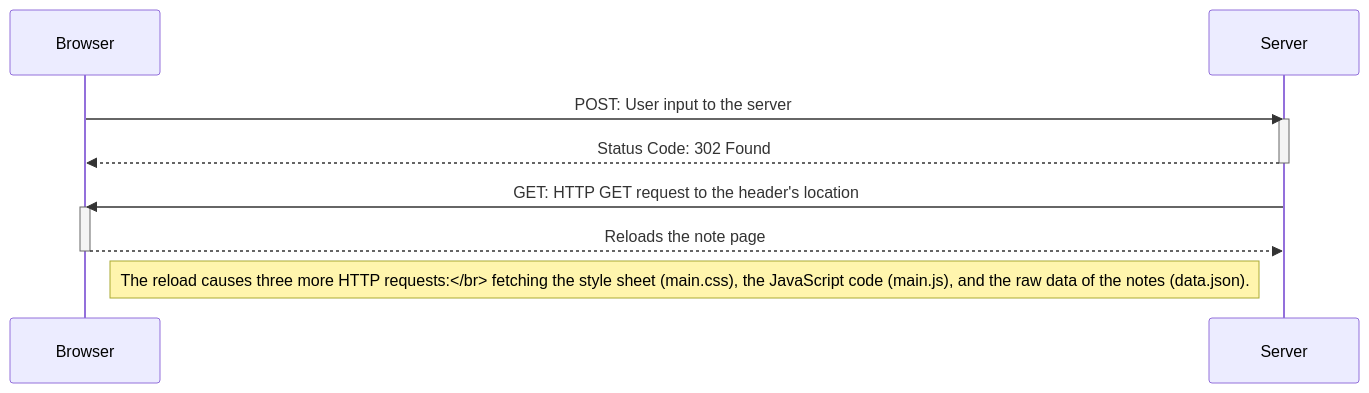
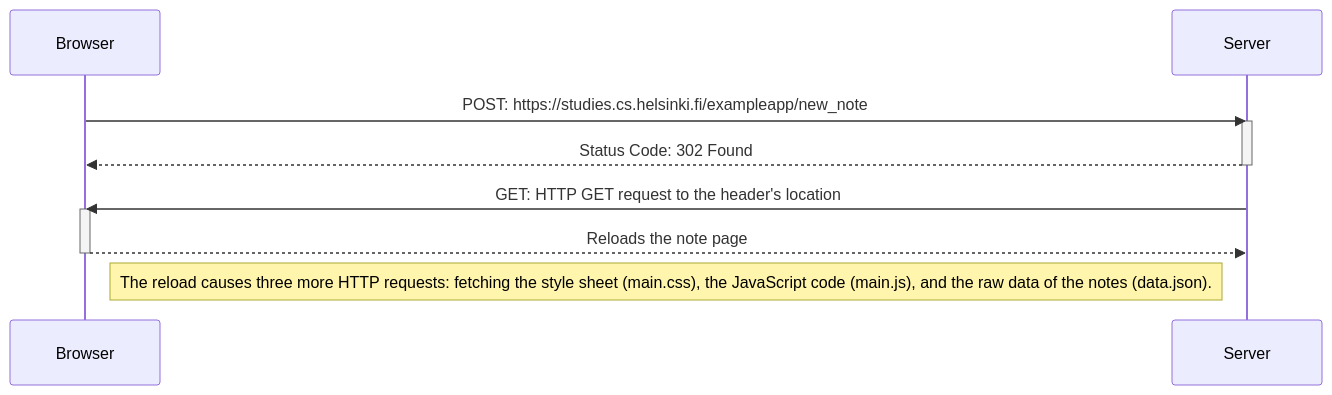
One commit to rahul-004x/fsopen-containers changed the diagram in Part0/new-note-diagram.md. Above: the diagram before and after it, drawn with Mermaid.

````diff
--- a/Part0/new-note-diagram.md
+++ b/Part0/new-note-diagram.md
@@ -1,20 +1,20 @@
 ```mermaid
 
 sequenceDiagram
     participant Browser
     participant Server
 
-    Browser->>Server: POST: User input to the server
+    Browser->>Server: POST: https://studies.cs.helsinki.fi/exampleapp/new_note
     activate Server
     Server-->>Browser: Status Code: 302 Found
     deactivate Server
 
     Server->>Browser: GET: HTTP GET request to the header's location 
     activate Browser
     Browser-->>Server: Reloads the note page
     deactivate Browser
 
-    Note right of Browser: The reload causes three more HTTP requests:</br> fetching the style sheet (main.css), the JavaScript code (main.js), and the raw data of the notes (data.json).
+    Note right of Browser: The reload causes three more HTTP requests: fetching the style sheet (main.css), the JavaScript code (main.js), and the raw data of the notes (data.json).
 
 
 ```
````
